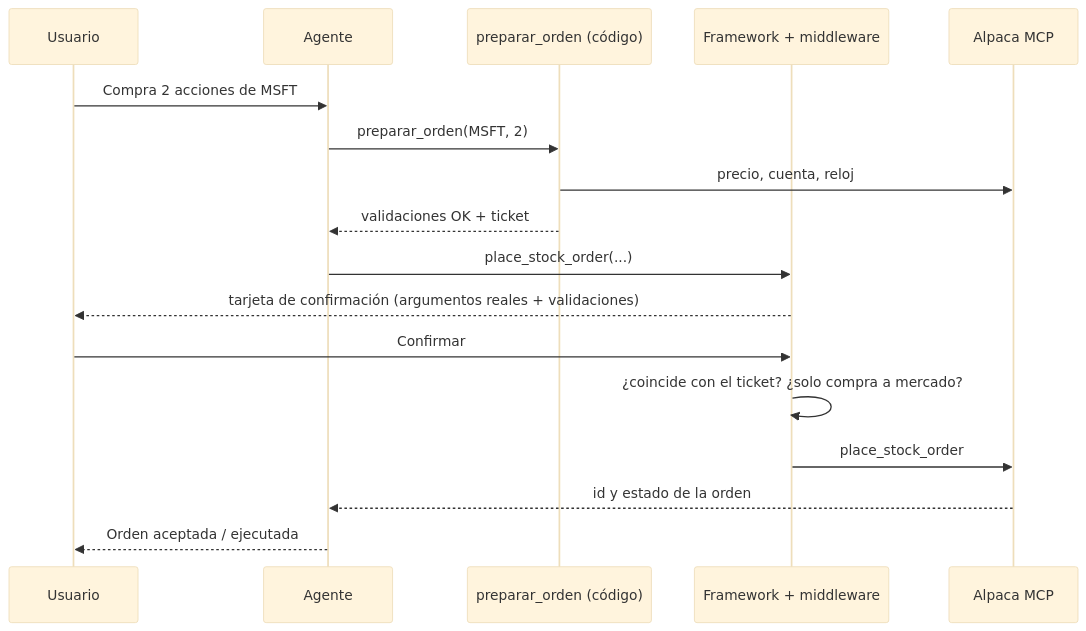
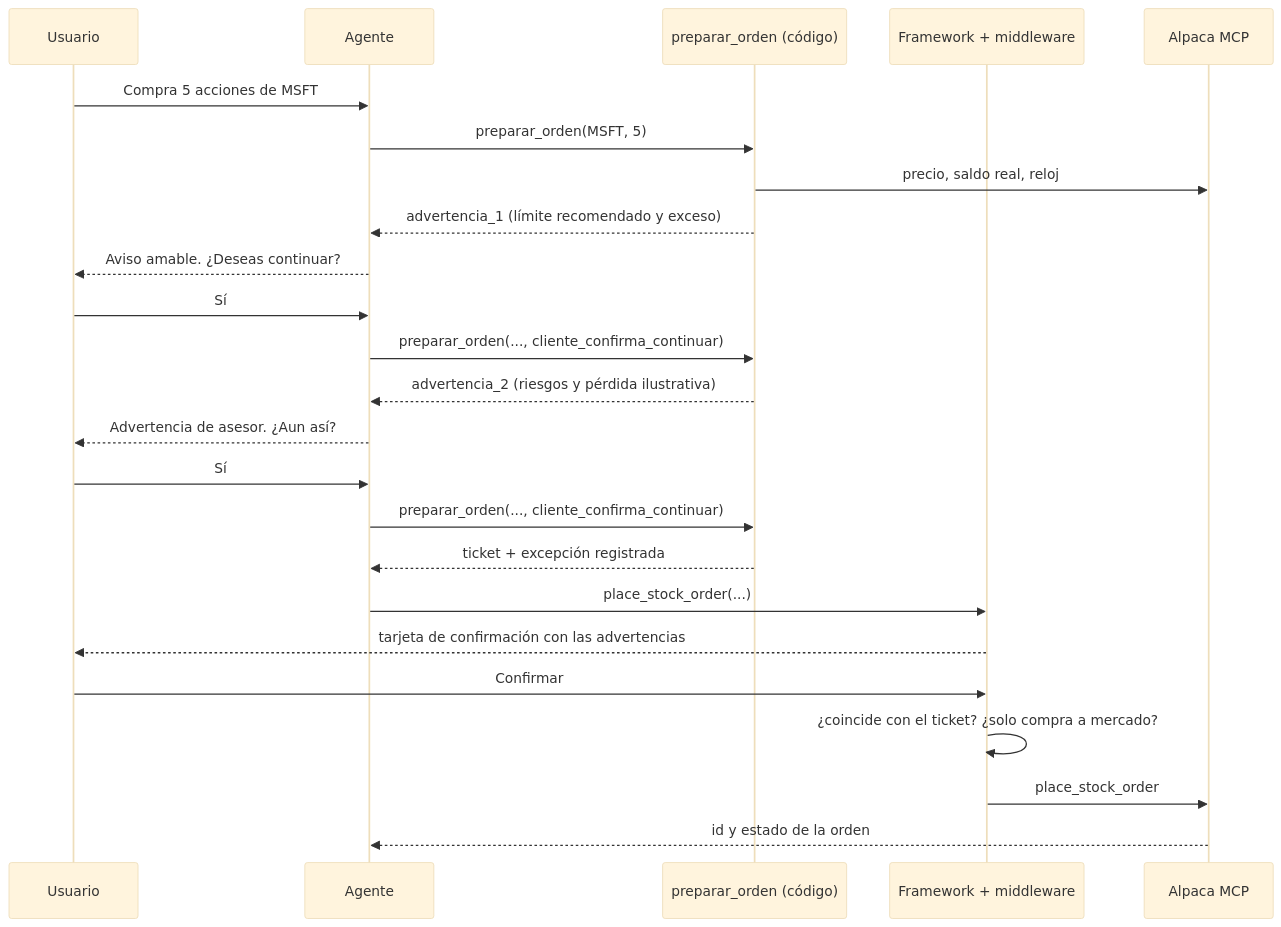
The second of 2 diagrams in README.md (AmadorZP/asesoria-reto-ai-engineer), drawn with Mermaid (base theme) before and after one commit. The commit also changed other lines of this file and 41 other files, not shown here.

First line of the commit message:
AsesorIA v2: perfil inferido en la conversacion, advertencias en dos pasos y evaluacion por conversacion

````diff
--- a/README.md
+++ b/README.md
@@ -76,19 +88,26 @@
 ```mermaid
 sequenceDiagram
     participant U as Usuario
     participant A as Agente
     participant P as preparar_orden (código)
     participant F as Framework + middleware
     participant X as Alpaca MCP
-    U->>A: Compra 2 acciones de MSFT
-    A->>P: preparar_orden(MSFT, 2)
-    P->>X: precio, cuenta, reloj
-    P-->>A: validaciones OK + ticket
+    U->>A: Compra 5 acciones de MSFT
+    A->>P: preparar_orden(MSFT, 5)
+    P->>X: precio, saldo real, reloj
+    P-->>A: advertencia_1 (límite recomendado y exceso)
+    A-->>U: Aviso amable. ¿Deseas continuar?
+    U->>A: Sí
+    A->>P: preparar_orden(..., cliente_confirma_continuar)
+    P-->>A: advertencia_2 (riesgos y pérdida ilustrativa)
+    A-->>U: Advertencia de asesor. ¿Aun así?
+    U->>A: Sí
+    A->>P: preparar_orden(..., cliente_confirma_continuar)
+    P-->>A: ticket + excepción registrada
     A->>F: place_stock_order(...)
-    F-->>U: tarjeta de confirmación (argumentos reales + validaciones)
+    F-->>U: tarjeta de confirmación con las advertencias
     U->>F: Confirmar
     F->>F: ¿coincide con el ticket? ¿solo compra a mercado?
     F->>X: place_stock_order
     X-->>A: id y estado de la orden
-    A-->>U: Orden aceptada / ejecutada
 ```
````
